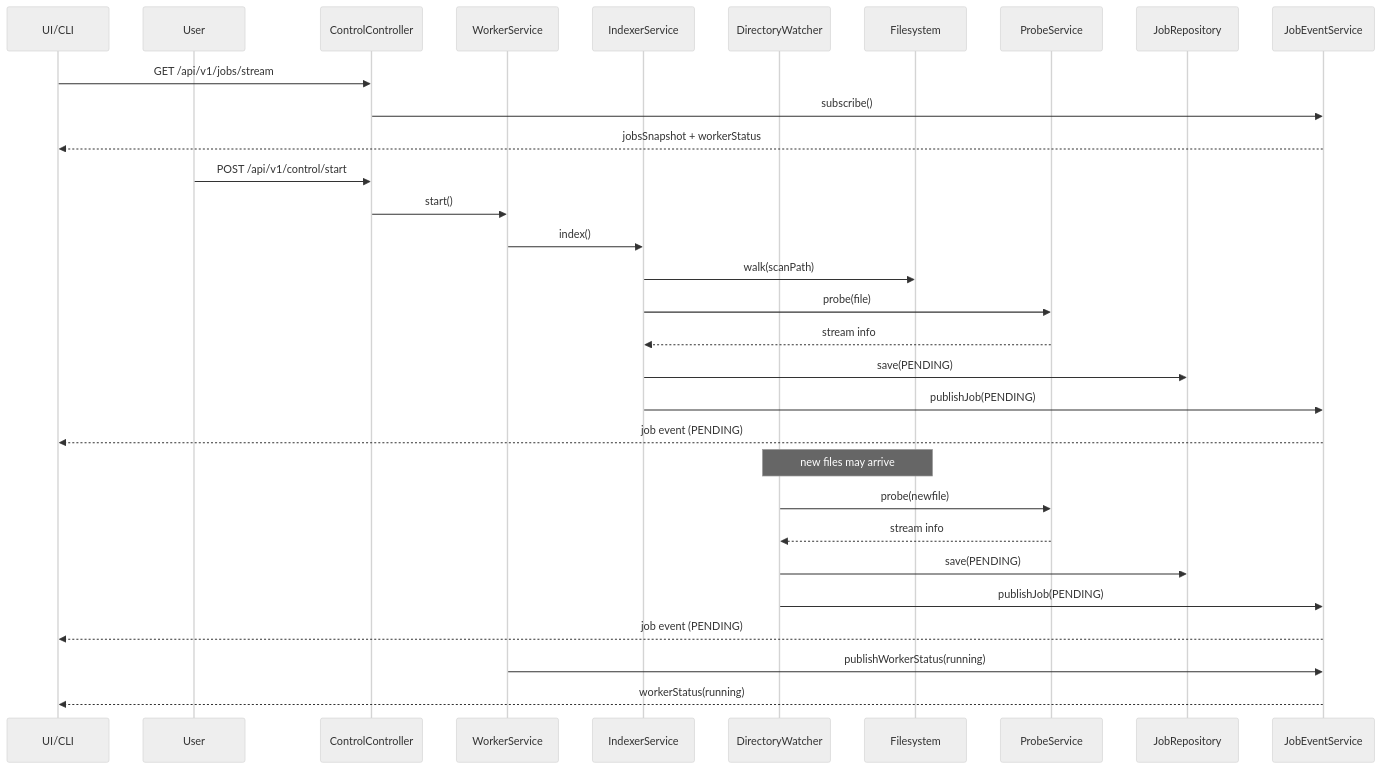
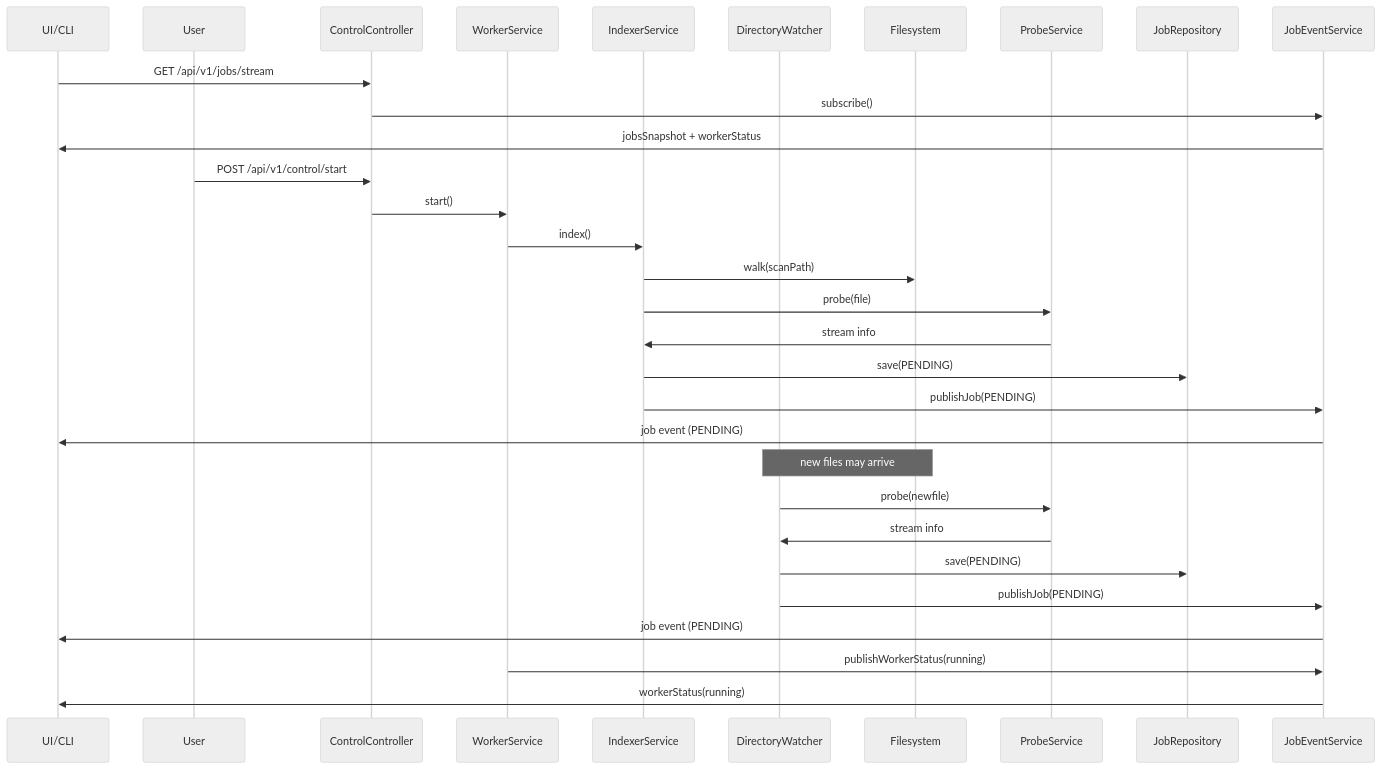
Before and after one commit to martinrevert/AACKiller: the second of 5 diagrams in README.md, drawn with Mermaid (neutral theme). The commit also changed other lines of this file, not shown here.

Commit message:
refactor sequence diagrams for consistent arrow notation

````diff
--- a/README.md
+++ b/README.md
@@ -62,37 +62,37 @@
 ```mermaid
 sequenceDiagram
 	participant Client as UI/CLI
 	participant User
 	participant API as ControlController
 	participant Worker as WorkerService
 	participant Indexer as IndexerService
 	participant Dir as DirectoryWatcher
 	participant FS as Filesystem
 	participant Probe as ProbeService
 	participant Repo as JobRepository
 	participant Events as JobEventService
 
 	Client->>API: GET /api/v1/jobs/stream
 	API->>Events: subscribe()
-	Events-->>Client: jobsSnapshot + workerStatus
+	Events->>Client: jobsSnapshot + workerStatus
 
 	User->>API: POST /api/v1/control/start
 	API->>Worker: start()
 	Worker->>Indexer: index()
 	Indexer->>FS: walk(scanPath)
 	Indexer->>Probe: probe(file)
-	Probe-->>Indexer: stream info
+	Probe->>Indexer: stream info
 	Indexer->>Repo: save(PENDING)
 	Indexer->>Events: publishJob(PENDING)
-	Events-->>Client: job event (PENDING)
+	Events->>Client: job event (PENDING)
 
 	Note over Dir,FS: new files may arrive
 	Dir->>Probe: probe(newfile)
-	Probe-->>Dir: stream info
+	Probe->>Dir: stream info
 	Dir->>Repo: save(PENDING)
 	Dir->>Events: publishJob(PENDING)
-	Events-->>Client: job event (PENDING)
+	Events->>Client: job event (PENDING)
 
 	Worker->>Events: publishWorkerStatus(running)
-	Events-->>Client: workerStatus(running)
+	Events->>Client: workerStatus(running)
 ```
````
